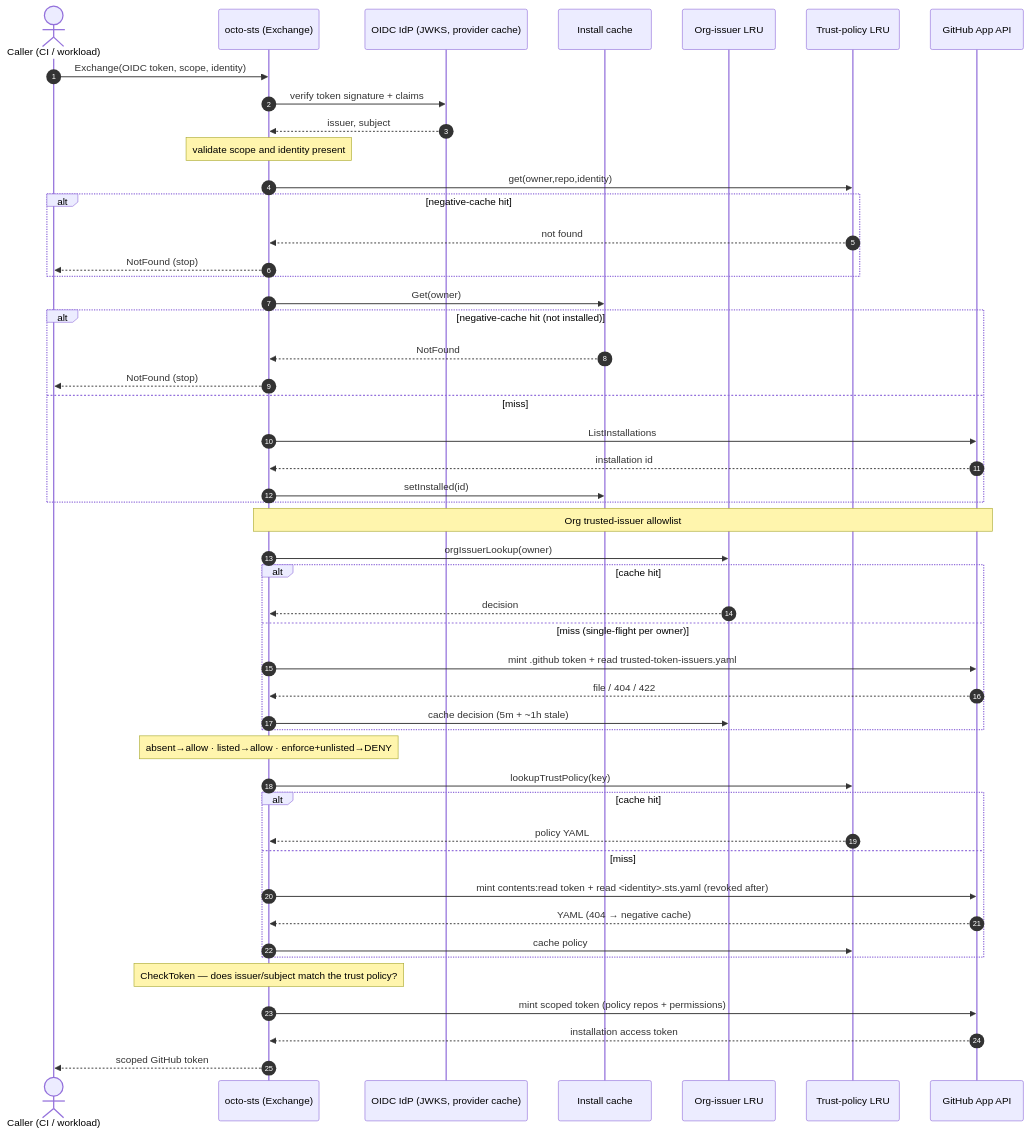
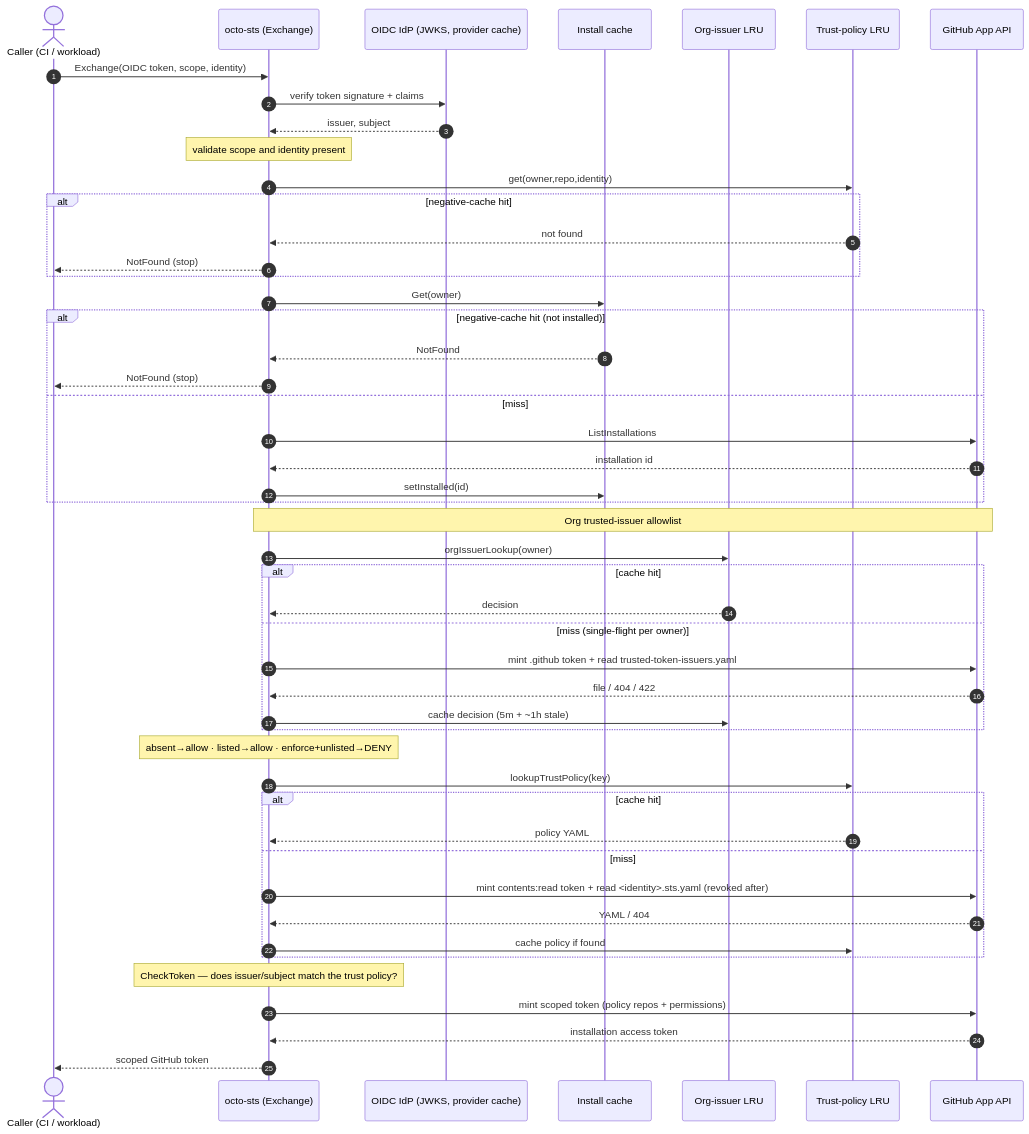
Before and after one commit to octo-sts/app: the first of 2 diagrams in docs/architecture.md, drawn with Mermaid. The commit also changed 4 other files, not shown here.

````diff
--- a/docs/architecture.md
+++ b/docs/architecture.md
@@ -22,57 +22,57 @@
 ```mermaid
 sequenceDiagram
     autonumber
     actor C as Caller (CI / workload)
     participant S as octo-sts (Exchange)
     participant J as OIDC IdP (JWKS, provider cache)
     participant IC as Install cache
     participant OI as Org-issuer LRU
     participant TP as Trust-policy LRU
     participant GH as GitHub App API
 
     C->>S: Exchange(OIDC token, scope, identity)
     S->>J: verify token signature + claims
     J-->>S: issuer, subject
     Note over S: validate scope and identity present
 
     S->>TP: get(owner,repo,identity)
     alt negative-cache hit
         TP-->>S: not found
         S-->>C: NotFound (stop)
     end
 
     S->>IC: Get(owner)
     alt negative-cache hit (not installed)
         IC-->>S: NotFound
         S-->>C: NotFound (stop)
     else miss
         S->>GH: ListInstallations
         GH-->>S: installation id
         S->>IC: setInstalled(id)
     end
 
     Note over S,GH: Org trusted-issuer allowlist
     S->>OI: orgIssuerLookup(owner)
     alt cache hit
         OI-->>S: decision
     else miss (single-flight per owner)
         S->>GH: mint .github token + read trusted-token-issuers.yaml
         GH-->>S: file / 404 / 422
         S->>OI: cache decision (5m + ~1h stale)
     end
     Note over S: absent→allow · listed→allow · enforce+unlisted→DENY
 
     S->>TP: lookupTrustPolicy(key)
     alt cache hit
         TP-->>S: policy YAML
     else miss
         S->>GH: mint contents:read token + read <identity>.sts.yaml (revoked after)
-        GH-->>S: YAML (404 → negative cache)
-        S->>TP: cache policy
+        GH-->>S: YAML / 404
+        S->>TP: cache policy if found
     end
 
     Note over S: CheckToken — does issuer/subject match the trust policy?
     S->>GH: mint scoped token (policy repos + permissions)
     GH-->>S: installation access token
     S-->>C: scoped GitHub token
 ```
````
